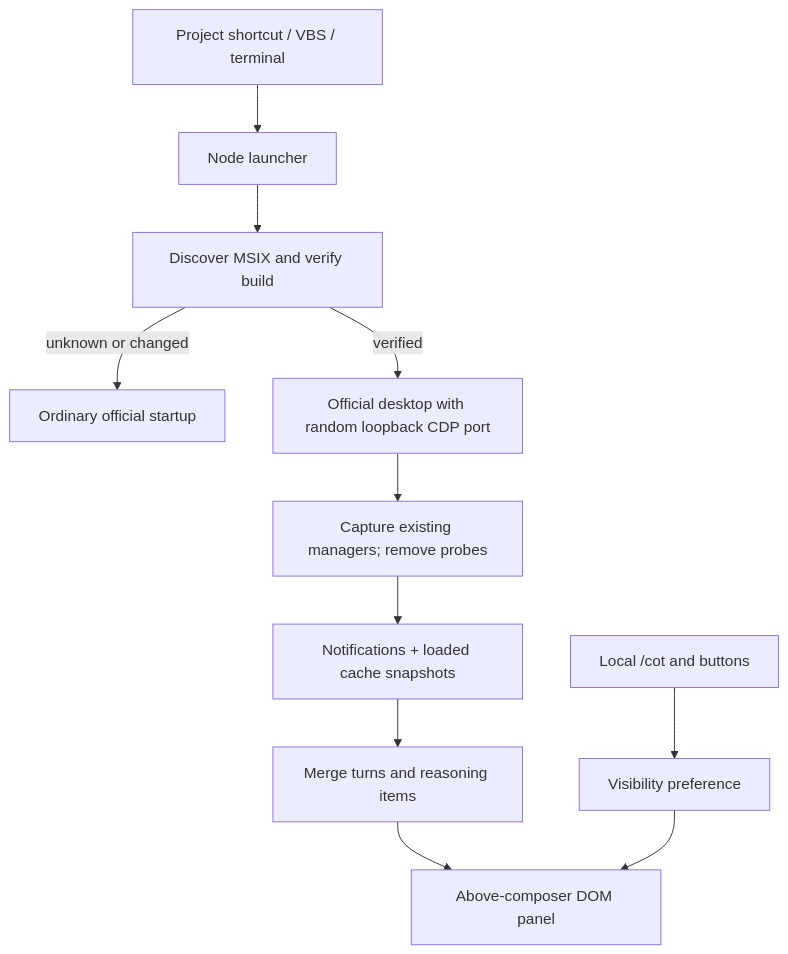
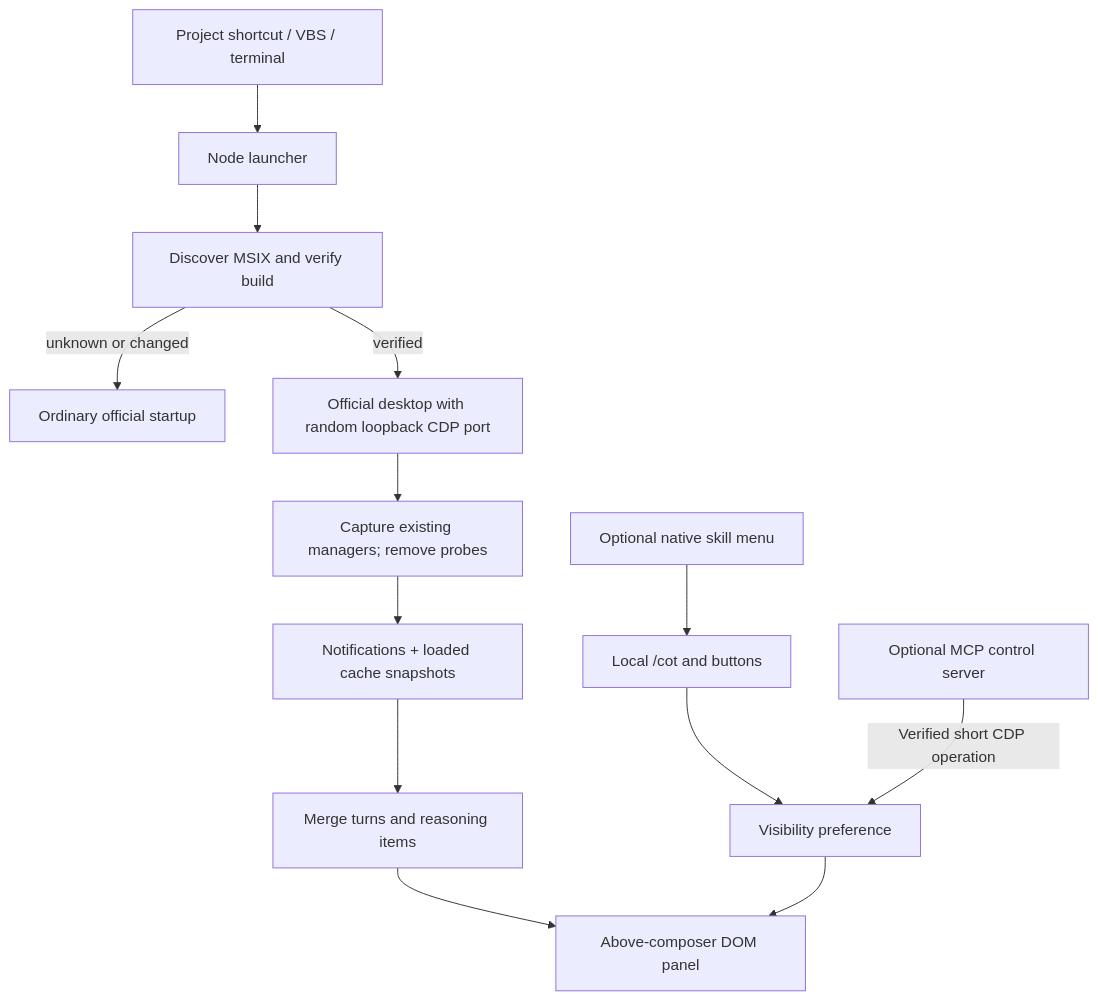
One commit to cyberElar/codex-reasoning-viewer changed the diagram in docs/ARCHITECTURE.md. Above: the diagram before and after it, drawn with Mermaid. The commit also changed other lines of this file and 28 other files, not shown here.

Commit message:
Add optional MCP control plane and native skill controls

````diff
--- a/docs/ARCHITECTURE.md
+++ b/docs/ARCHITECTURE.md
@@ -6,13 +7,15 @@
 ```mermaid
 flowchart TD
     Shortcut["Project shortcut / VBS / terminal"] --> Launcher["Node launcher"]
     Launcher --> Guard["Discover MSIX and verify build"]
     Guard -->|unknown or changed| Normal["Ordinary official startup"]
     Guard -->|verified| Desktop["Official desktop with random loopback CDP port"]
     Desktop --> Capture["Capture existing managers; remove probes"]
     Capture --> Adapter["Notifications + loaded cache snapshots"]
     Adapter --> History["Merge turns and reasoning items"]
     History --> Panel["Above-composer DOM panel"]
     Commands["Local /cot and buttons"] --> Visibility["Visibility preference"]
+    Skills["Optional native skill menu"] --> Commands
+    MCP["Optional MCP control server"] -->|"Verified short CDP operation"| Visibility
     Visibility --> Panel
 ```
````
